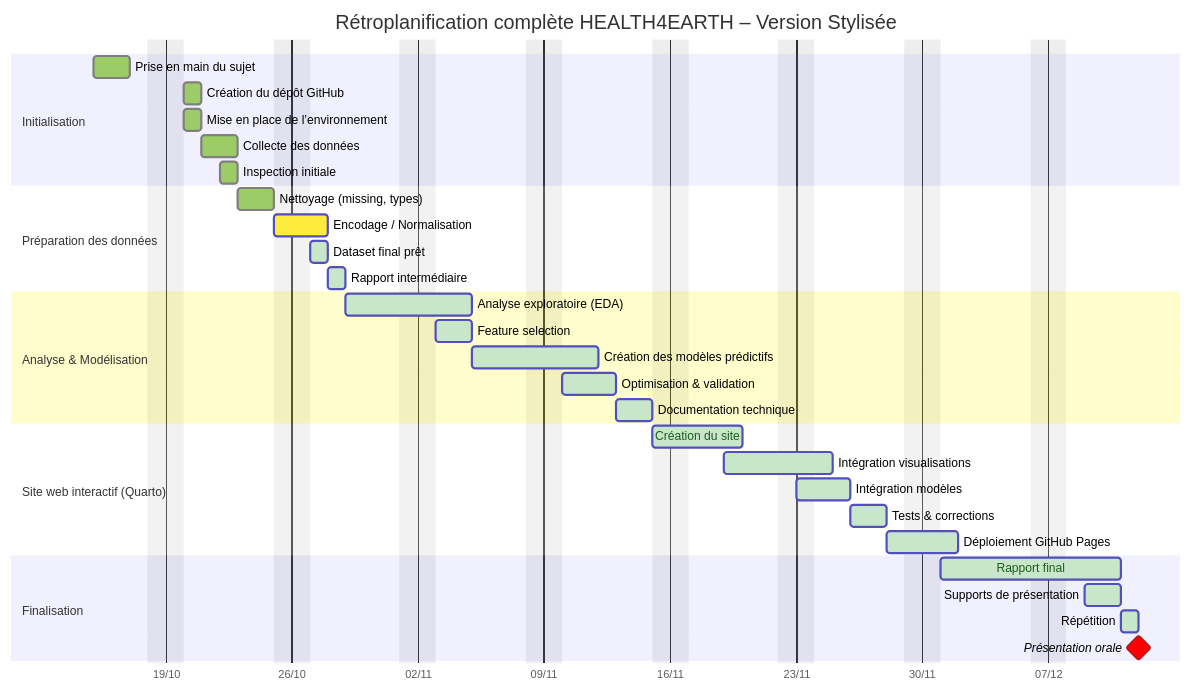
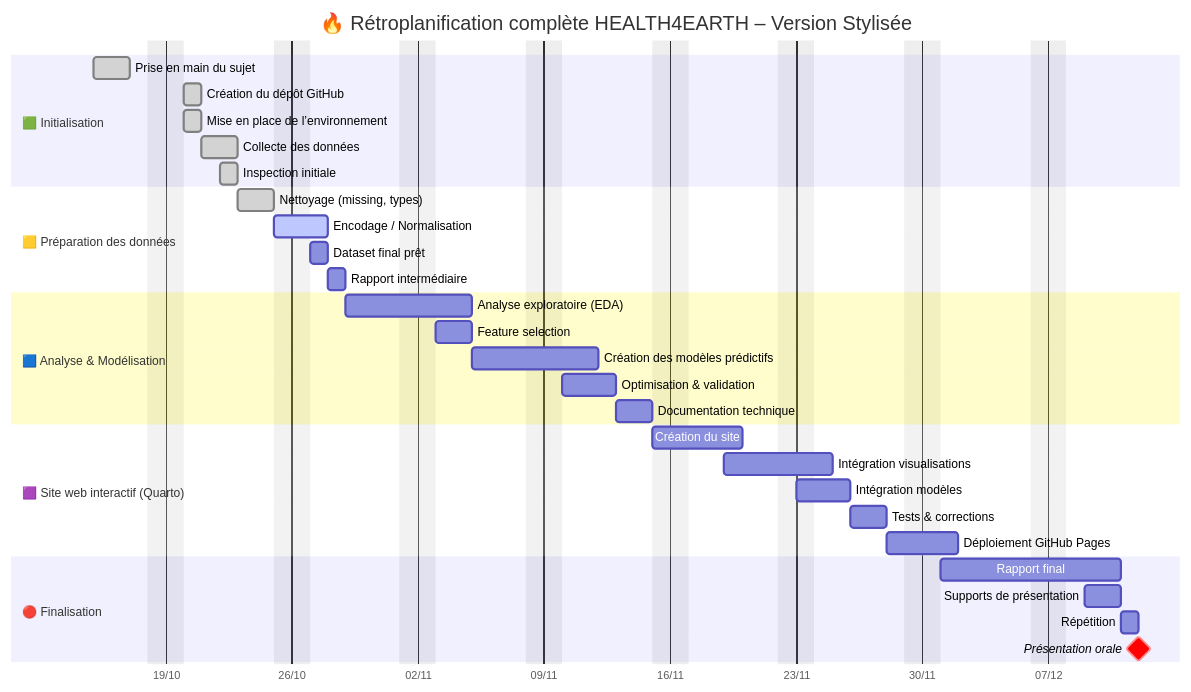
Before and after one commit to Modestedvlr/Health4Earth: the diagram in docs/notes/gantt.md, drawn with Mermaid.

Commit message:
Modif diagramme de gantt

````diff
--- a/docs/notes/gantt.md
+++ b/docs/notes/gantt.md
@@ -1,78 +1,79 @@
 ```mermaid
 %%{init: {
     "theme": "default",
     "themeVariables": {
+        "background": "#ffffff"
         "primaryColor": "#4CAF50",
         "primaryBorderColor": "#2E7D32",
         "primaryTextColor": "#fff",
         "secondaryColor": "#81C784",
         "secondaryTextColor": "#fff",
         "tertiaryColor": "#A5D6A7",
         "noteBkgColor": "#E8F5E9",
         "noteTextColor": "#1B5E20",
         "taskTextColor": "#1B5E20",
         "taskBkgColor": "#C8E6C9",
         "doneTaskBkgColor": "#9CCC65",
         "doneTaskTextColor": "#1B5E20",
         "activeTaskBkgColor": "#FFEB3B",
         "activeTaskTextColor": "#000",
         "critColor": "#E53935",
         "critBorderColor": "#B71C1C"
     }
 }}%%
 
 gantt
-    title Rétroplanification complète HEALTH4EARTH – Version Stylisée
+    title 🔥 Rétroplanification complète HEALTH4EARTH – Version Stylisée
     dateFormat  YYYY-MM-DD
     axisFormat  %d/%m
-    todayMarker off
+    todayMarker stroke-width:3px,stroke:#FF0000
     excludes    weekends
 
     %% -----------------------------
     %% PHASE 1 — INITIALISATION
     %% -----------------------------
-    section Initialisation
+    section 🟩 Initialisation
     Prise en main du sujet                    :done,    2025-10-15, 2d
     Création du dépôt GitHub                  :done,    2025-10-20, 1d
     Mise en place de l’environnement          :done,    2025-10-20, 1d
     Collecte des données                      :done,    2025-10-21, 2d
     Inspection initiale                       :done,    2025-10-22, 1d
 
     %% -----------------------------
     %% PHASE 2 — PREP & CLEANING
     %% -----------------------------
-    section Préparation des données
+    section 🟨 Préparation des données
     Nettoyage (missing, types)                :done,    2025-10-23, 2d
     Encodage / Normalisation                  :active,  2025-10-25, 2d
     Dataset final prêt                        :2025-10-27, 1d
     Rapport intermédiaire                     :2025-10-28, 1d
 
     %% -----------------------------
     %% PHASE 3 — ANALYSE & MODEL
     %% -----------------------------
-    section Analyse & Modélisation
+    section 🟦 Analyse & Modélisation
     Analyse exploratoire (EDA)                :2025-10-29, 5d
     Feature selection                         :2025-11-03, 2d
     Création des modèles prédictifs           :2025-11-05, 5d
     Optimisation & validation                 :2025-11-10, 3d
     Documentation technique                   :2025-11-13, 2d
 
     %% -----------------------------
     %% PHASE 4 — SITE WEB
     %% -----------------------------
-    section Site web interactif (Quarto)
+    section 🟪 Site web interactif (Quarto)
     Création du site                          :2025-11-15, 4d
     Intégration visualisations                :2025-11-19, 4d
     Intégration modèles                       :2025-11-23, 3d
     Tests & corrections                        :2025-11-26, 2d
     Déploiement GitHub Pages                  :2025-11-28, 2d
 
     %% -----------------------------
     %% PHASE 5 — FINALISATION
     %% -----------------------------
-    section Finalisation
+    section 🔴 Finalisation
     Rapport final                             :2025-12-01, 8d
     Supports de présentation                  :2025-12-09, 2d
     Répétition                                :2025-12-11, 1d
     Présentation orale                        :milestone, crit, 2025-12-12, 0d
 ```
````
